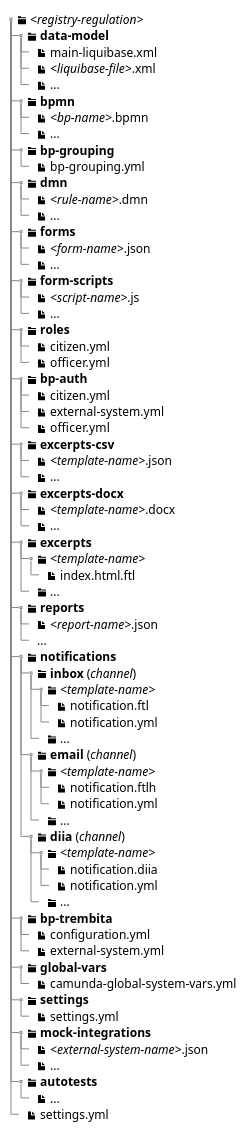
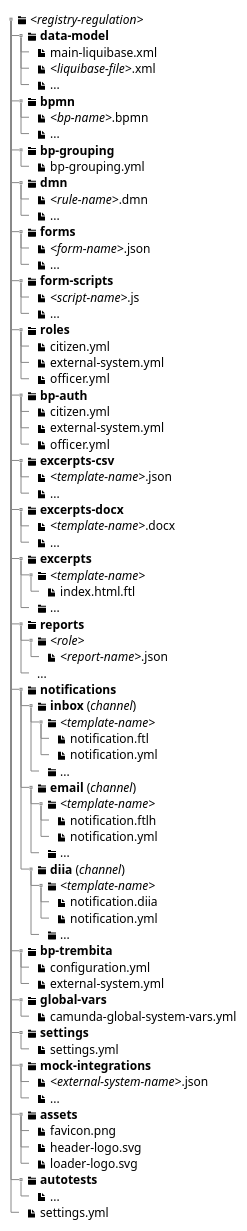
One commit to epam/edp-ddm-architecture changed the diagram in docs/ua/modules/arch/pages/architecture/registry/administrative/regulation-management/registry-regulation/registry-regulation.adoc. Above: the diagram before and after it, drawn with PlantUML. The commit also changed other lines of this file and 1927 other files, not shown here.

```diff
--- a/docs/ua/modules/arch/pages/architecture/registry/administrative/regulation-management/registry-regulation/registry-regulation.adoc
+++ b/docs/ua/modules/arch/pages/architecture/registry/administrative/regulation-management/registry-regulation/registry-regulation.adoc
@@ -32,77 +32,83 @@
 [plantuml, registry-regulation-structure, svg]
 ----
 @startsalt
 {
 {T
 + <&folder> <i><registry-regulation></i>
 ++ <&folder> <b>data-model</b>
 +++ <&file> main-liquibase.xml
 +++ <&file> <i><liquibase-file></i>.xml
 +++ <&file> ...
 ++ <&folder> <b>bpmn</b>
 +++ <&file> <i><bp-name></i>.bpmn
 +++ <&file> ...
 ++ <&folder> <b>bp-grouping</b>
 +++ <&file> bp-grouping.yml
 ++ <&folder> <b>dmn</b>
 +++ <&file> <i><rule-name></i>.dmn
 +++ <&file> ...
 ++ <&folder> <b>forms</b>
 +++ <&file> <i><form-name></i>.json
 +++ <&file> ...
 ++ <&folder> <b>form-scripts</b>
 +++ <&file> <i><script-name></i>.js
 +++ <&file> ...
 ++ <&folder> <b>roles</b>
 +++ <&file> citizen.yml
++++ <&file> external-system.yml
 +++ <&file> officer.yml
 ++ <&folder> <b>bp-auth</b>
 +++ <&file> citizen.yml
 +++ <&file> external-system.yml
 +++ <&file> officer.yml
 ++ <&folder> <b>excerpts-csv</b>
 +++ <&file> <i><template-name></i>.json
 +++ <&file> ...
 ++ <&folder> <b>excerpts-docx</b>
 +++ <&file> <i><template-name></i>.docx
 +++ <&file> ...
 ++ <&folder> <b>excerpts</b>
 +++ <&folder> <i><template-name></i>
 ++++ <&file> index.html.ftl
 +++ <&folder> ...
 ++ <&folder> <b>reports</b>
-+++ <&file> <i><report-name></i>.json
++++ <&folder> <i><role></i>
+++++ <&file> <i><report-name></i>.json
 +++ ...
 ++ <&folder> <b>notifications</b>
 +++ <&folder> <b>inbox</b> (<i>channel</i>)
 ++++ <&folder> <i><template-name></i>
 +++++ <&file> notification.ftl
 +++++ <&file> notification.yml
 ++++ <&folder> ...
 +++ <&folder> <b>email</b> (<i>channel</i>)
 ++++ <&folder> <i><template-name></i>
 +++++ <&file> notification.ftlh
 +++++ <&file> notification.yml
 ++++ <&folder> ...
 +++ <&folder> <b>diia</b> (<i>channel</i>)
 ++++ <&folder> <i><template-name></i>
 +++++ <&file> notification.diia
 +++++ <&file> notification.yml
 ++++ <&folder> ...
 ++ <&folder> <b>bp-trembita</b>
 +++ <&file> configuration.yml
 +++ <&file> external-system.yml
 ++ <&folder> <b>global-vars</b>
 +++ <&file> camunda-global-system-vars.yml
 ++ <&folder> <b>settings</b>
 +++ <&file> settings.yml
 ++ <&folder> <b>mock-integrations</b>
 +++ <&file> <i><external-system-name></i>.json
 +++ <&file> ...
+++ <&folder> <b>assets</b>
++++ <&file> favicon.png
++++ <&file> header-logo.svg
++++ <&file> loader-logo.svg
 ++ <&folder> <b>autotests</b>
 +++ <&file> ...
 ++ <&file> settings.yml
 }
 }
 @endsalt
 ----
```
